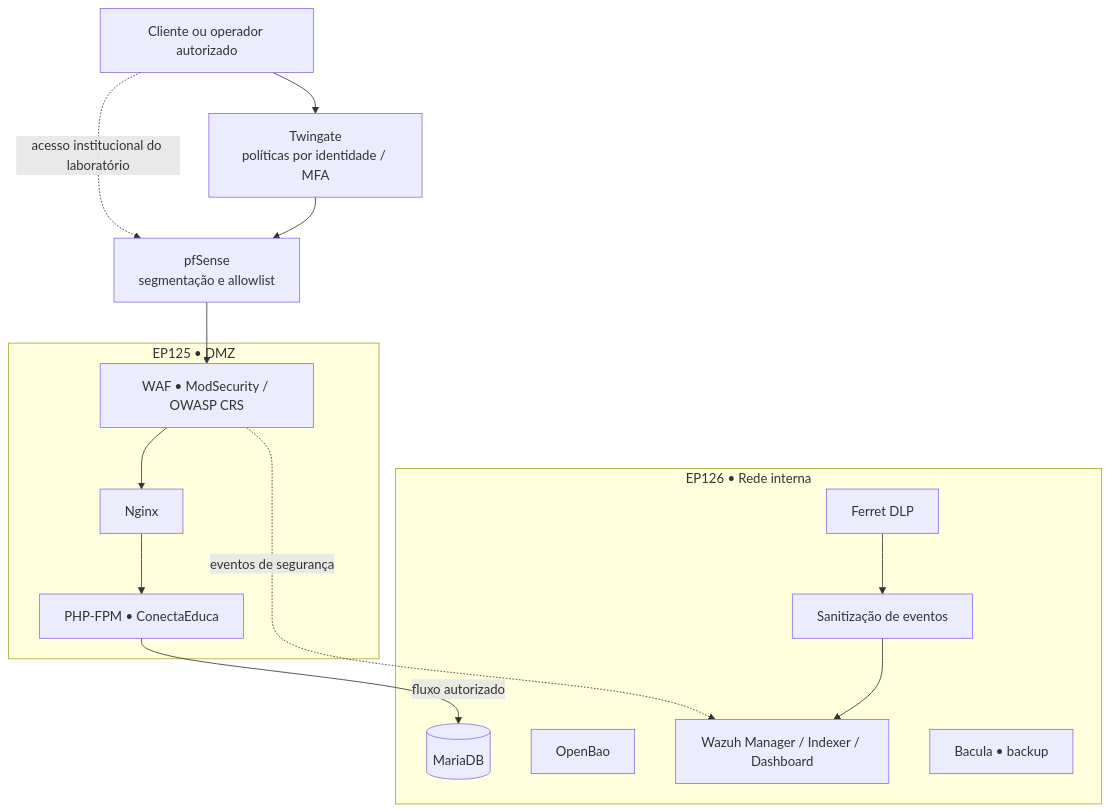
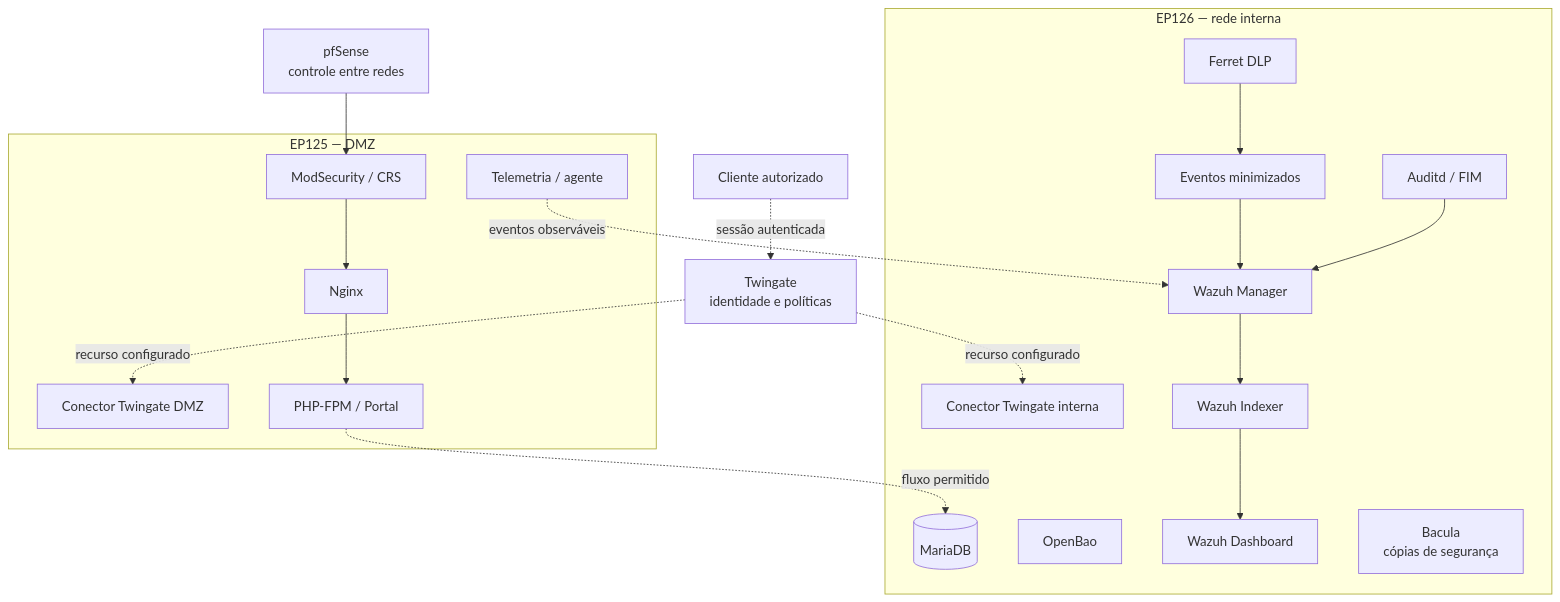
Before and after one commit to andrea-kozicki/conectaeduca: the diagram in README.md, drawn with Mermaid. The commit also changed other lines of this file, not shown here.

````diff
--- a/README.md
+++ b/README.md
@@ -34,29 +42,26 @@
 ```mermaid
 flowchart TB
-    USER["Cliente ou operador autorizado"]
-    ZT["Twingate<br/>políticas por identidade / MFA"]
-    FW["pfSense<br/>segmentação e allowlist"]
-
-    subgraph DMZ["EP125 • DMZ"]
-        WAF["WAF • ModSecurity / OWASP CRS"]
-        NGINX["Nginx"]
-        PHP["PHP-FPM • ConectaEduca"]
-        WAF --> NGINX --> PHP
+    CLIENTE["Cliente autorizado"]
+    POL["Twingate<br/>identidade e políticas"]
+    PFS["pfSense<br/>controle entre redes"]
+    subgraph DMZ["EP125 — DMZ"]
+        CT_D["Conector Twingate DMZ"]
+        WAF["ModSecurity / CRS"] --> NG["Nginx"] --> PHP["PHP-FPM / Portal"]
+        AG_D["Telemetria / agente"]
     end
-
-    subgraph INTRA["EP126 • Rede interna"]
+    subgraph INT["EP126 — rede interna"]
+        CT_I["Conector Twingate interna"]
         DB[("MariaDB")]
         BAO["OpenBao"]
-        DLP["Ferret DLP"]
-        SAN["Sanitização de eventos"]
-        WAZ["Wazuh Manager / Indexer / Dashboard"]
-        BAC["Bacula • backup"]
-        DLP --> SAN --> WAZ
+        FER["Ferret DLP"] --> SAN["Eventos minimizados"] --> MAN["Wazuh Manager"]
+        AG_I["Auditd / FIM"] --> MAN
+        MAN --> IDX["Wazuh Indexer"] --> DASH["Wazuh Dashboard"]
+        BAC["Bacula<br/>cópias de segurança"]
     end
-
-    USER --> ZT --> FW
-    USER -. "acesso institucional do laboratório" .-> FW
-    FW --> WAF
-    PHP -->|"fluxo autorizado"| DB
-    WAF -. "eventos de segurança" .-> WAZ
+    CLIENTE -. "sessão autenticada" .-> POL
+    POL -. "recurso configurado" .-> CT_D
+    POL -. "recurso configurado" .-> CT_I
+    PFS --> WAF
+    PHP -. "fluxo permitido" .-> DB
+    AG_D -. "eventos observáveis" .-> MAN
 ```
````
